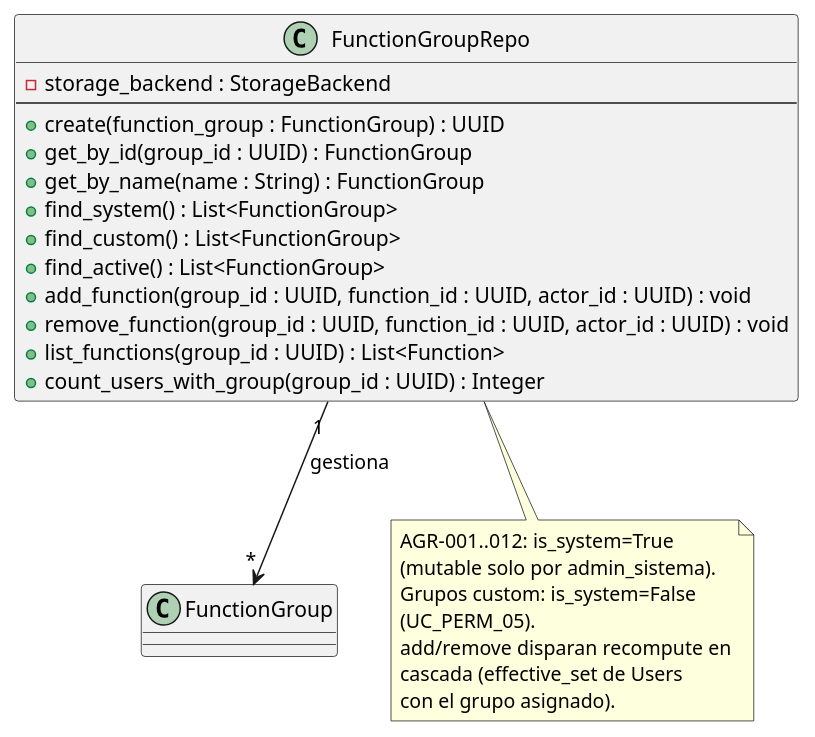
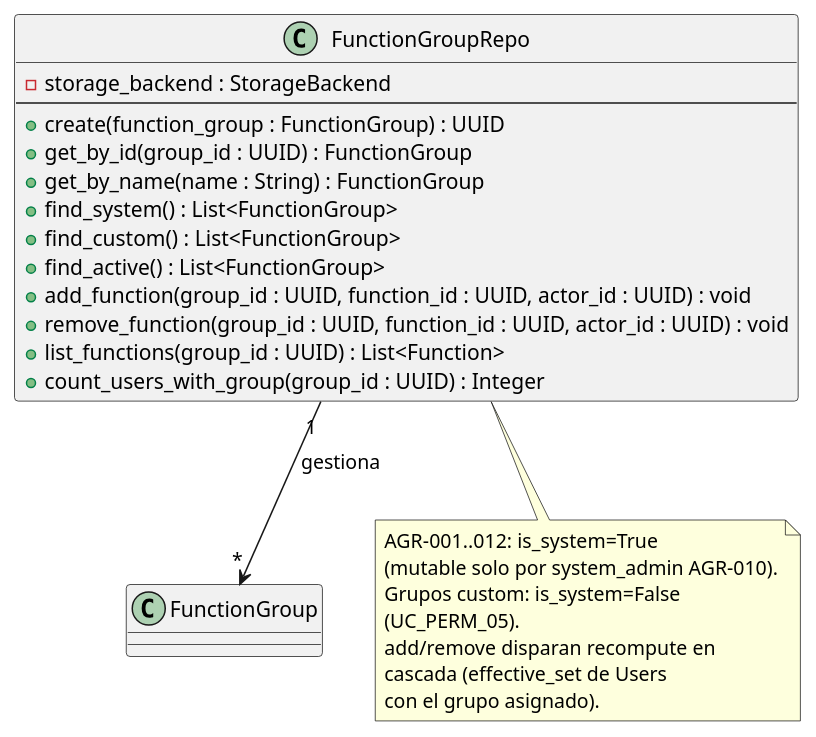
Before and after one commit to jcg-admin/IACT-docs: the diagram in source/arquitectura-tecnica/domain-model/function-group-repo.rst, drawn with PlantUML. The commit also changed 10 other files, not shown here.

First line of the commit message:
Eliminate admin_sistema and operador_etl tech debt (B-1..B-4)

```diff
--- a/source/arquitectura-tecnica/domain-model/function-group-repo.rst
+++ b/source/arquitectura-tecnica/domain-model/function-group-repo.rst
@@ -30,35 +30,35 @@
 .. uml::
  :caption: Clase FunctionGroupRepo — CRUD de FunctionGroup.
 
  @startuml
 
  class FunctionGroupRepo {
    - storage_backend : StorageBackend
    --
    + create(function_group : FunctionGroup) : UUID
    + get_by_id(group_id : UUID) : FunctionGroup
    + get_by_name(name : String) : FunctionGroup
    + find_system() : List<FunctionGroup>
    + find_custom() : List<FunctionGroup>
    + find_active() : List<FunctionGroup>
    + add_function(group_id : UUID, function_id : UUID, actor_id : UUID) : void
    + remove_function(group_id : UUID, function_id : UUID, actor_id : UUID) : void
    + list_functions(group_id : UUID) : List<Function>
    + count_users_with_group(group_id : UUID) : Integer
  }
 
  class FunctionGroup
 
  FunctionGroupRepo "1" --> "*" FunctionGroup : gestiona
 
  note bottom of FunctionGroupRepo
    AGR-001..012: is_system=True
-   (mutable solo por admin_sistema).
+   (mutable solo por system_admin AGR-010).
    Grupos custom: is_system=False
    (UC_PERM_05).
    add/remove disparan recompute en
    cascada (effective_set de Users
    con el grupo asignado).
  end note
 
  @enduml
```
